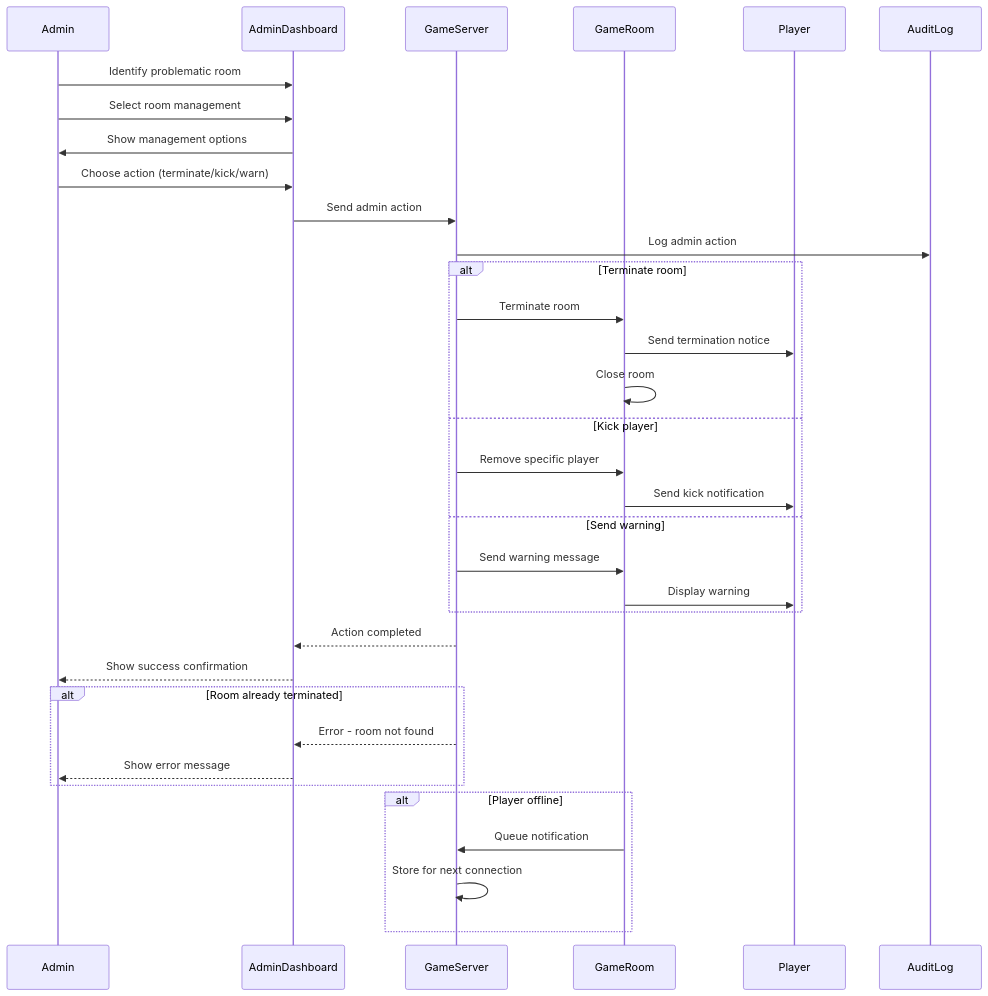
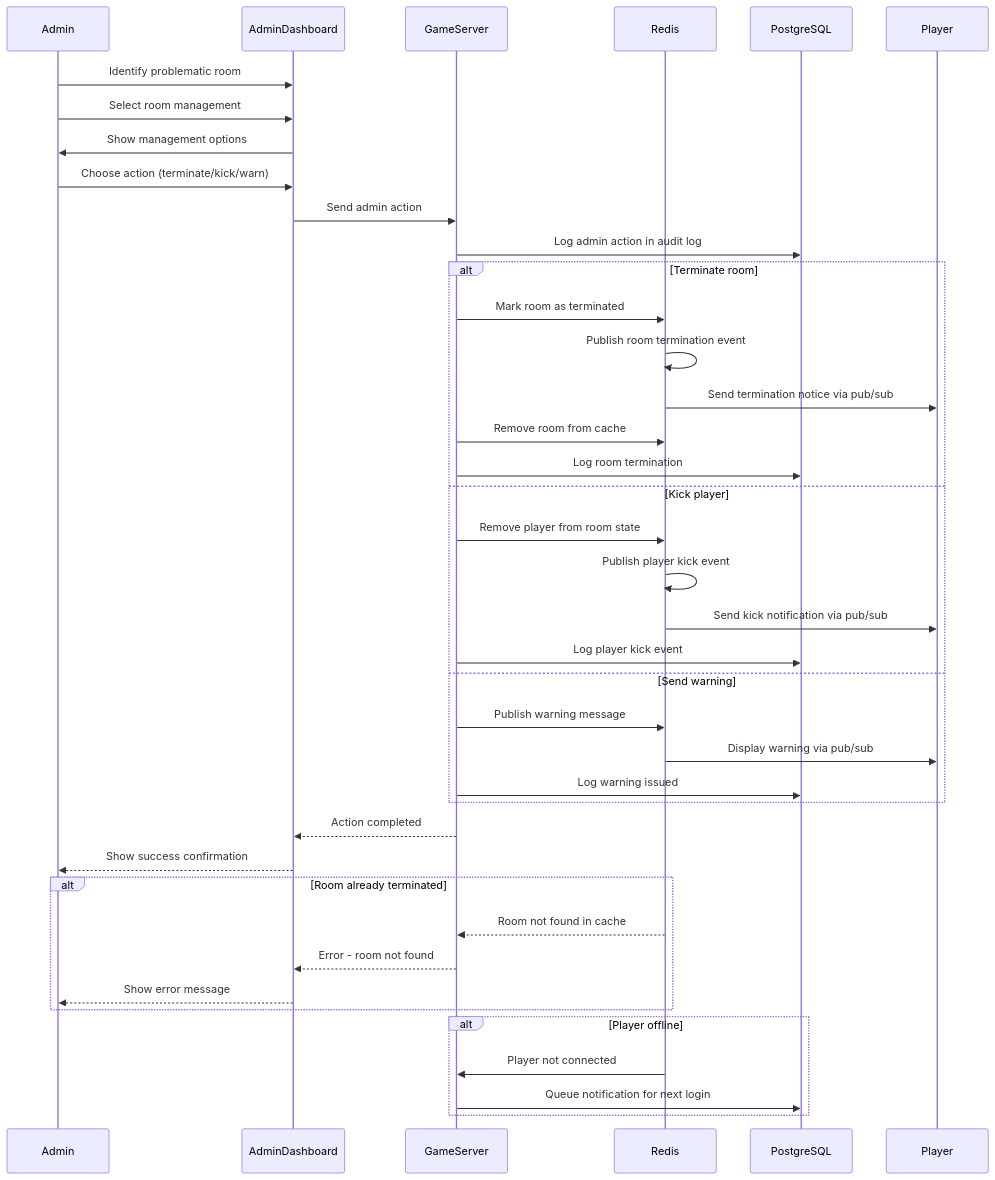
The diagram in docs/sequence-diagrams/admin/uc-a002-manage-game-rooms.md (alexmakeev/bomberman), drawn with Mermaid before and after one commit. The commit also changed 25 other files, not shown here.

First line of the commit message:
Implement unified event system architecture for maximum code reuse

````diff
--- a/docs/sequence-diagrams/admin/uc-a002-manage-game-rooms.md
+++ b/docs/sequence-diagrams/admin/uc-a002-manage-game-rooms.md
@@ -3,42 +3,48 @@
 ```mermaid
 sequenceDiagram
     participant Admin
     participant AdminDashboard
     participant GameServer
-    participant GameRoom
+    participant Redis
+    participant PostgreSQL
     participant Player
-    participant AuditLog
 
     Admin->>AdminDashboard: Identify problematic room
     Admin->>AdminDashboard: Select room management
     AdminDashboard->>Admin: Show management options
     Admin->>AdminDashboard: Choose action (terminate/kick/warn)
     
     AdminDashboard->>GameServer: Send admin action
-    GameServer->>AuditLog: Log admin action
+    GameServer->>PostgreSQL: Log admin action in audit log
     
     alt Terminate room
-        GameServer->>GameRoom: Terminate room
-        GameRoom->>Player: Send termination notice
-        GameRoom->>GameRoom: Close room
+        GameServer->>Redis: Mark room as terminated
+        Redis->>Redis: Publish room termination event
+        Redis->>Player: Send termination notice via pub/sub
+        GameServer->>Redis: Remove room from cache
+        GameServer->>PostgreSQL: Log room termination
     else Kick player
-        GameServer->>GameRoom: Remove specific player
-        GameRoom->>Player: Send kick notification
+        GameServer->>Redis: Remove player from room state
+        Redis->>Redis: Publish player kick event
+        Redis->>Player: Send kick notification via pub/sub
+        GameServer->>PostgreSQL: Log player kick event
     else Send warning
-        GameServer->>GameRoom: Send warning message
-        GameRoom->>Player: Display warning
+        GameServer->>Redis: Publish warning message
+        Redis->>Player: Display warning via pub/sub
+        GameServer->>PostgreSQL: Log warning issued
     end
     
     GameServer-->>AdminDashboard: Action completed
     AdminDashboard-->>Admin: Show success confirmation
 
     alt Room already terminated
+        Redis-->>GameServer: Room not found in cache
         GameServer-->>AdminDashboard: Error - room not found
         AdminDashboard-->>Admin: Show error message
     end
 
     alt Player offline
-        GameRoom->>GameServer: Queue notification
-        GameServer->>GameServer: Store for next connection
+        Redis->>GameServer: Player not connected
+        GameServer->>PostgreSQL: Queue notification for next login
     end
 ```
````
